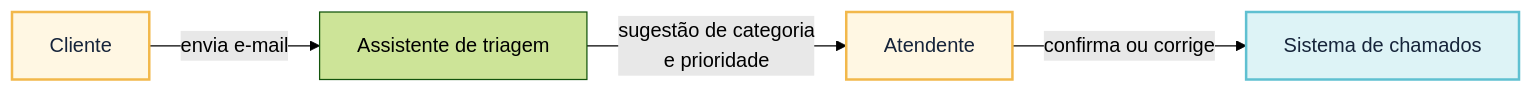
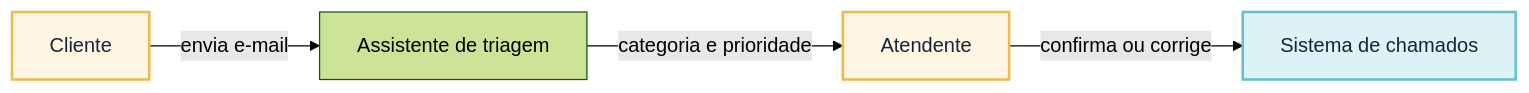
One commit to aulas-marco/arquitetura-solucoes-ia-generativa changed the first of 5 diagrams in docs/modulo-2-desenho-conceitual/conceitos.md. Above: the diagram before and after it, drawn with Mermaid (forest theme). The commit also changed other lines of this file, not shown here.

First line of the commit message:
fix(mod2): corrige de fato o corte de rótulos nos diagramas (reverte \n literal)

````diff
--- a/docs/modulo-2-desenho-conceitual/conceitos.md
+++ b/docs/modulo-2-desenho-conceitual/conceitos.md
@@ -64,11 +64,11 @@
 ```mermaid
 flowchart LR
     CL[Cliente] -->|envia e-mail| AS[Assistente de triagem]
-    AS -->|"sugestão de categoria\ne prioridade"| AT[Atendente]
+    AS -->|categoria e prioridade| AT[Atendente]
     AT -->|confirma ou corrige| SC[Sistema de chamados]
 
     classDef humano fill:#FFF7E3,stroke:#F2B84B,stroke-width:2px,color:#16243A;
     classDef dados fill:#DDF3F6,stroke:#5FC0D1,stroke-width:2px,color:#16243A;
     class CL,AT humano;
     class SC dados;
 ```
````
